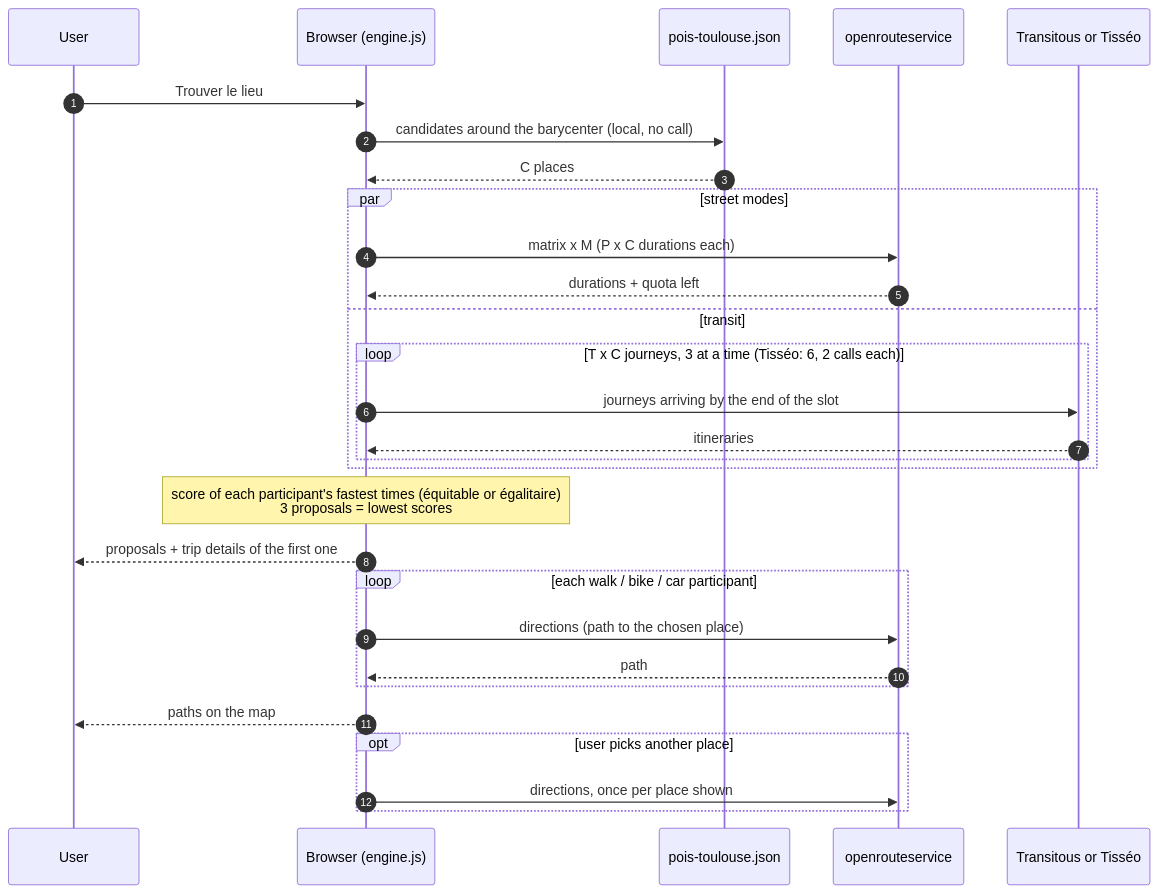
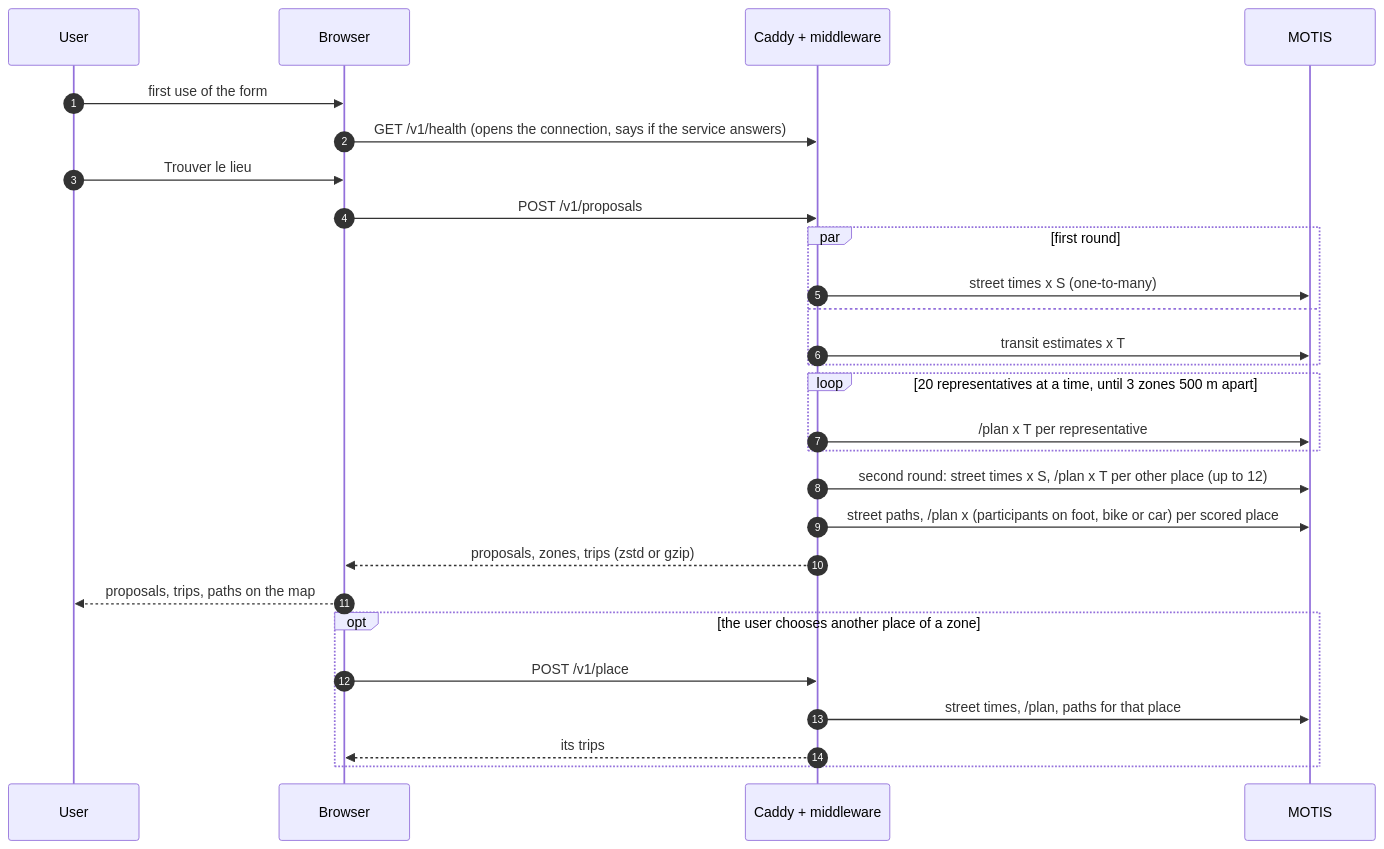
Before and after one commit to NicolasGresset/rendez-vous: the fourth of 4 diagrams in docs/pipeline.md, drawn with Mermaid. The commit also changed other lines of this file and 1 other file, not shown here.

Commit message:
Docs: the pipeline on the server; evaluation, the scripts removed and the first run through the API

````diff
--- a/docs/pipeline.md
+++ b/docs/pipeline.md
@@ -226,32 +200,30 @@
 ```mermaid
 sequenceDiagram
     autonumber
     participant U as User
-    participant B as Browser (engine.js)
-    participant J as pois-toulouse.json
-    participant ORS as openrouteservice
-    participant TR as Transitous or Tisséo
+    participant B as Browser
+    participant C as Caddy + middleware
+    participant M as MOTIS
 
+    U->>B: first use of the form
+    B->>C: GET /v1/health (opens the connection, says if the service answers)
     U->>B: Trouver le lieu
-    B->>J: candidates around the barycenter (local, no call)
-    J-->>B: C places
-    par street modes
-        B->>ORS: matrix x M (P x C durations each)
-        ORS-->>B: durations + quota left
-    and transit
-        loop T x C journeys, 3 at a time (Tisséo: 6, 2 calls each)
-            B->>TR: journeys arriving by the end of the slot
-            TR-->>B: itineraries
-        end
+    B->>C: POST /v1/proposals
+    par first round
+        C->>M: street times x S (one-to-many)
+    and
+        C->>M: transit estimates x T
     end
-    Note over B: score of each participant's fastest times (équitable or égalitaire)<br/>3 proposals = lowest scores
-    B-->>U: proposals + trip details of the first one
-    loop each walk / bike / car participant
-        B->>ORS: directions (path to the chosen place)
-        ORS-->>B: path
+    loop 20 representatives at a time, until 3 zones 500 m apart
+        C->>M: /plan x T per representative
     end
-    B-->>U: paths on the map
-    opt user picks another place
-        B->>ORS: directions, once per place shown
+    C->>M: second round: street times x S, /plan x T per other place (up to 12)
+    C->>M: street paths, /plan x (participants on foot, bike or car) per scored place
+    C-->>B: proposals, zones, trips (zstd or gzip)
+    B-->>U: proposals, trips, paths on the map
+    opt the user chooses another place of a zone
+        B->>C: POST /v1/place
+        C->>M: street times, /plan, paths for that place
+        C-->>B: its trips
     end
 ```
````
